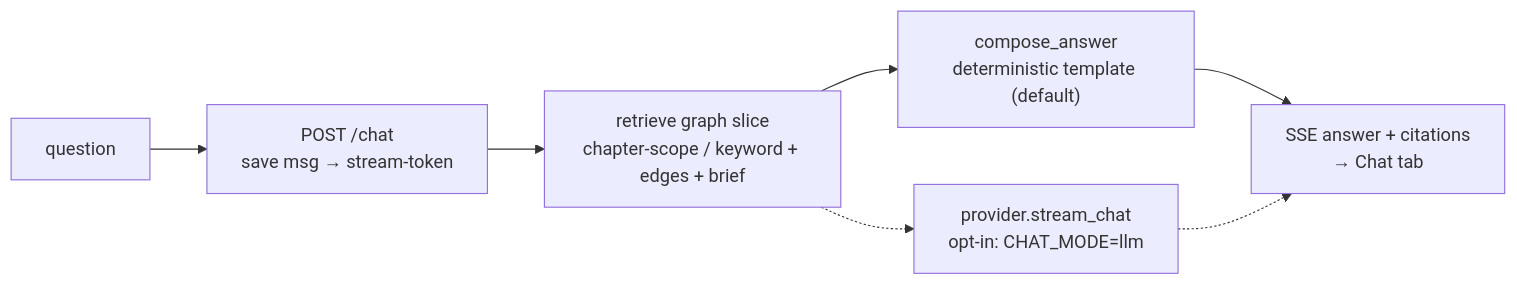
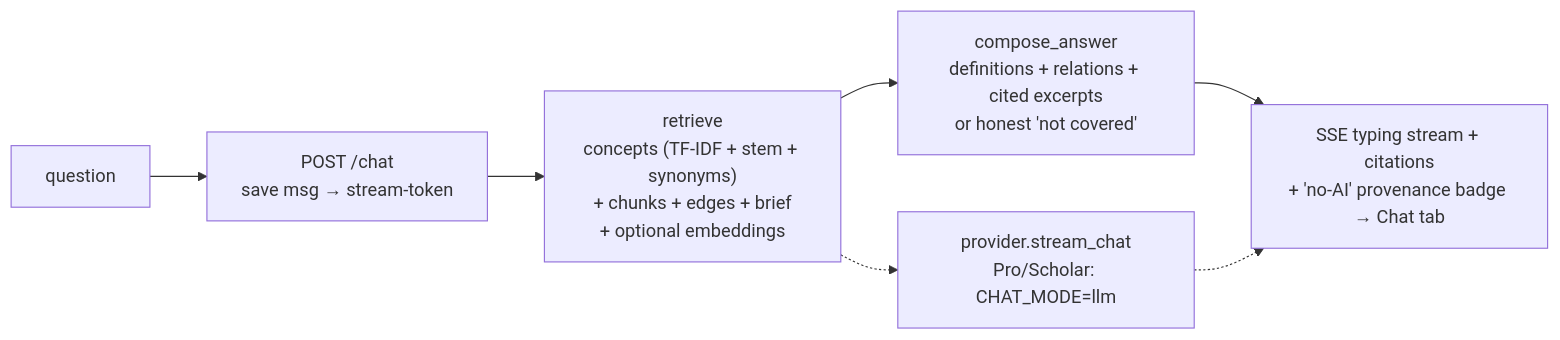
Before and after one commit to thuansystemit/knowledge_book: the third of 4 diagrams in README.md, drawn with Mermaid. The commit also changed other lines of this file, not shown here.

First line of the commit message:
docs: update README for monetization, cost/activation, retrieval-chat + deployment

````diff
--- a/README.md
+++ b/README.md
@@ -78,9 +82,9 @@
 ```mermaid
 flowchart LR
     Q["question"] --> P["POST /chat<br/>save msg → stream-token"]
-    P --> S["retrieve graph slice<br/>chapter-scope / keyword + edges + brief"]
-    S --> A["compose_answer<br/>deterministic template (default)"]
-    S -.-> L["provider.stream_chat<br/>opt-in: CHAT_MODE=llm"]
-    A --> SSE["SSE answer + citations<br/>→ Chat tab"]
+    P --> S["retrieve<br/>concepts (TF-IDF + stem + synonyms)<br/>+ chunks + edges + brief<br/>+ optional embeddings"]
+    S --> A["compose_answer<br/>definitions + relations + cited excerpts<br/>or honest 'not covered'"]
+    S -.-> L["provider.stream_chat<br/>Pro/Scholar: CHAT_MODE=llm"]
+    A --> SSE["SSE typing stream + citations<br/>+ 'no-AI' provenance badge → Chat tab"]
     L -.-> SSE
 ```
````
